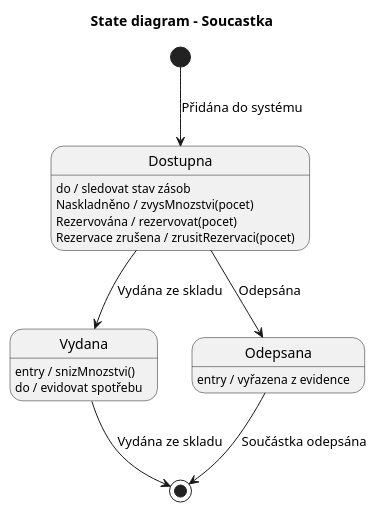
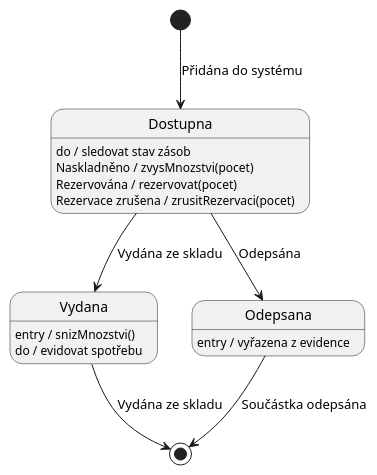
The diagram in diagrams/10_state_soucastka_projekt.puml (lkvapil/wms-elektronicke-soucastky), drawn with PlantUML before and after one commit. The commit also changed 4 other files, not shown here.

Commit message:
Stavové diagramy – odstraněny nadpisy z obrázků

```diff
--- a/diagrams/10_state_soucastka_projekt.puml
+++ b/diagrams/10_state_soucastka_projekt.puml
@@ -1,22 +1,21 @@
 @startuml
 top to bottom direction
-title State diagram - Soucastka
 
 
 [*] --> Dostupna : Přidána do systému
 
 Dostupna : do / sledovat stav zásob
 Dostupna : Naskladněno / zvysMnozstvi(pocet)
 Dostupna : Rezervována / rezervovat(pocet)
 Dostupna : Rezervace zrušena / zrusitRezervaci(pocet)
 Dostupna --> Vydana : Vydána ze skladu
 Dostupna --> Odepsana : Odepsána
 
 Vydana : entry / snizMnozstvi()
 Vydana : do / evidovat spotřebu
 Vydana --> [*] : Vydána ze skladu
 
 Odepsana : entry / vyřazena z evidence
 Odepsana --> [*] : Součástka odepsána
 
 @enduml
```
